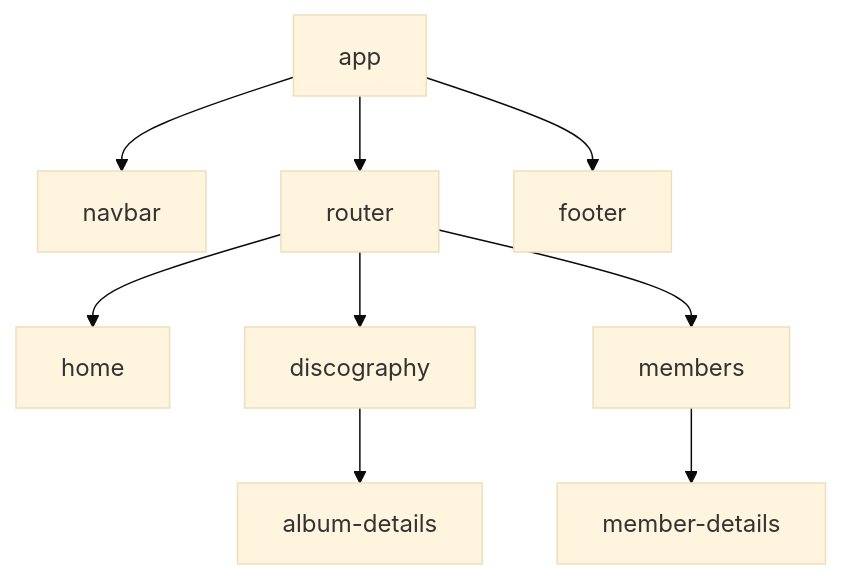
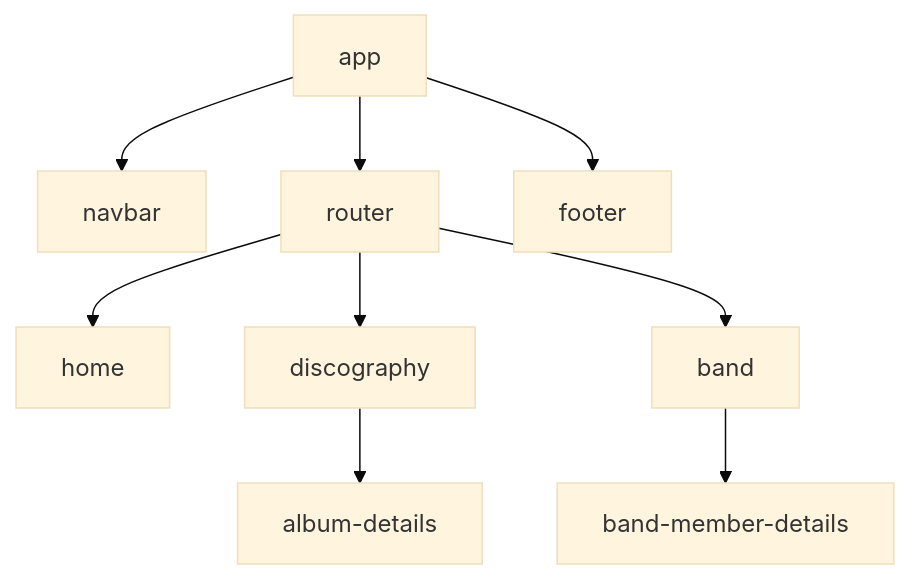
The diagram in README.md (paulohenrique-gh/angular-spa-dream-theater), drawn with Mermaid (base theme) before and after one commit. The commit also changed 9 other files, not shown here.

````diff
--- a/README.md
+++ b/README.md
@@ -1,11 +1,11 @@
 ```mermaid
 graph TD
     A[app] --> B[navbar]
     A[app] --> C[router]
     A[app] --> D[footer]
     C[router] --> E[home]
     C[router] --> F[discography]
-    C[router] --> G[members]
+    C[router] --> G[band]
     F[discography] --> H[album-details]
-    G[members] --> I[member-details]
+    G[band] --> I[band-member-details]
 ```
````
